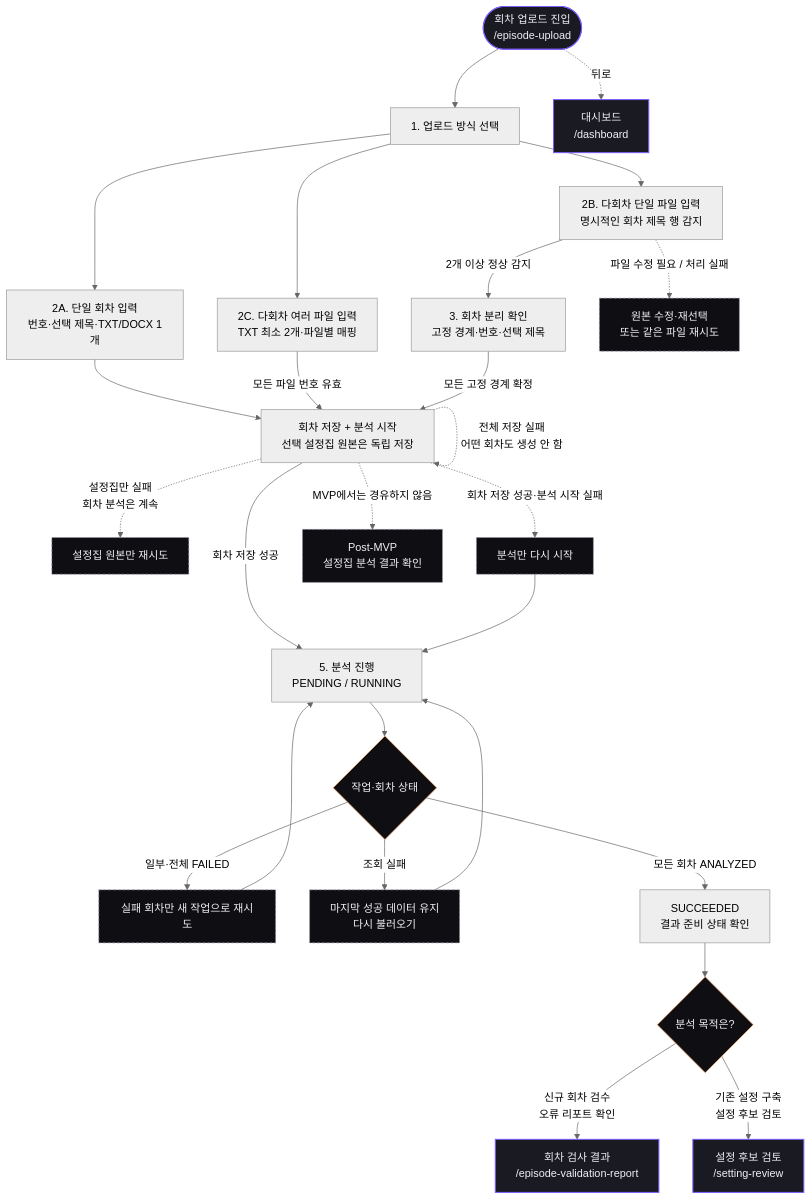
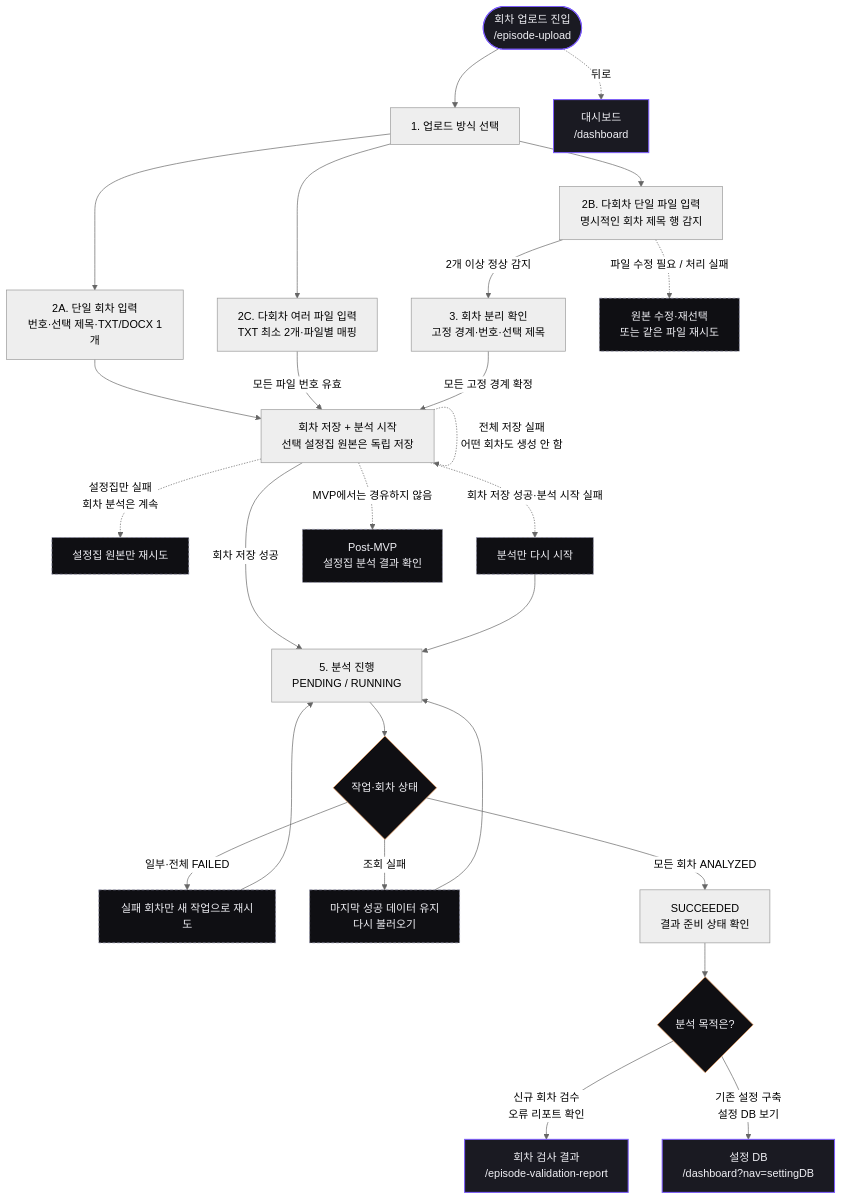
One commit to catchhole-soma/catchhole-front changed the sixth of 7 diagrams in docs/screen-flow.md. Above: the diagram before and after it, drawn with Mermaid (neutral theme). The commit also changed other lines of this file and 2 other files, not shown here.

````diff
--- a/docs/screen-flow.md
+++ b/docs/screen-flow.md
@@ -301,39 +293,39 @@
 ```mermaid
 flowchart TD
   start(["회차 업로드 진입<br/>/episode-upload"]):::private --> mode["1. 업로드 방식 선택"]
 
   mode --> mA["2A. 단일 회차 입력<br/>번호·선택 제목·TXT/DOCX 1개"]
   mode --> mB["2B. 다회차 단일 파일 입력<br/>명시적인 회차 제목 행 감지"]
   mode --> mC["2C. 다회차 여러 파일 입력<br/>TXT 최소 2개·파일별 매핑"]
 
   mB -- "2개 이상 정상 감지" --> bp["3. 회차 분리 확인<br/>고정 경계·번호·선택 제목"]
   mB -. "파일 수정 필요 / 처리 실패" .-> mBState["원본 수정·재선택<br/>또는 같은 파일 재시도"]:::modal
 
   mA --> persist["회차 저장 + 분석 시작<br/>선택 설정집 원본은 독립 저장"]
   mC -- "모든 파일 번호 유효" --> persist
   bp -- "모든 고정 경계 확정" --> persist
 
   persist -- "회차 저장 성공" --> proc["5. 분석 진행<br/>PENDING / RUNNING"]
   persist -. "전체 저장 실패<br/>어떤 회차도 생성 안 함" .-> persist
   persist -. "설정집만 실패<br/>회차 분석은 계속" .-> retrySetting["설정집 원본만 재시도"]:::modal
   persist -. "회차 저장 성공·분석 시작 실패" .-> retryAnalysis["분석만 다시 시작"]:::modal
   retryAnalysis --> proc
 
   proc --> state{"작업·회차 상태"}:::decision
   state -- "일부·전체 FAILED" --> retry["실패 회차만 새 작업으로 재시도"]:::modal --> proc
   state -- "조회 실패" --> reload["마지막 성공 데이터 유지<br/>다시 불러오기"]:::modal --> proc
   state -- "모든 회차 ANALYZED" --> success["SUCCEEDED<br/>결과 준비 상태 확인"]
 
   success --> qPur{"분석 목적은?"}:::decision
   qPur -- "신규 회차 검수<br/>오류 리포트 확인" --> valreport["회차 검사 결과<br/>/episode-validation-report"]:::private
-  qPur -- "기존 설정 구축<br/>설정 후보 검토" --> review["설정 후보 검토<br/>/setting-review"]:::private
+  qPur -- "기존 설정 구축<br/>설정 DB 보기" --> settingDB["설정 DB<br/>/dashboard?nav=settingDB"]:::private
 
   postMvp["Post-MVP<br/>설정집 분석 결과 확인"]:::modal
   persist -. "MVP에서는 경유하지 않음" .-> postMvp
 
   start -. "뒤로" .-> dashboard["대시보드<br/>/dashboard"]:::private
 
   classDef private fill:#1A1A22,stroke:#7C5CFC,stroke-width:1.5px,color:#F0F0F5;
   classDef modal fill:#0F0F13,stroke:#9090A8,stroke-dasharray:4 3,color:#F0F0F5;
   classDef decision fill:#0F0F13,stroke:#F4A261,color:#F0F0F5;
 ```
````
